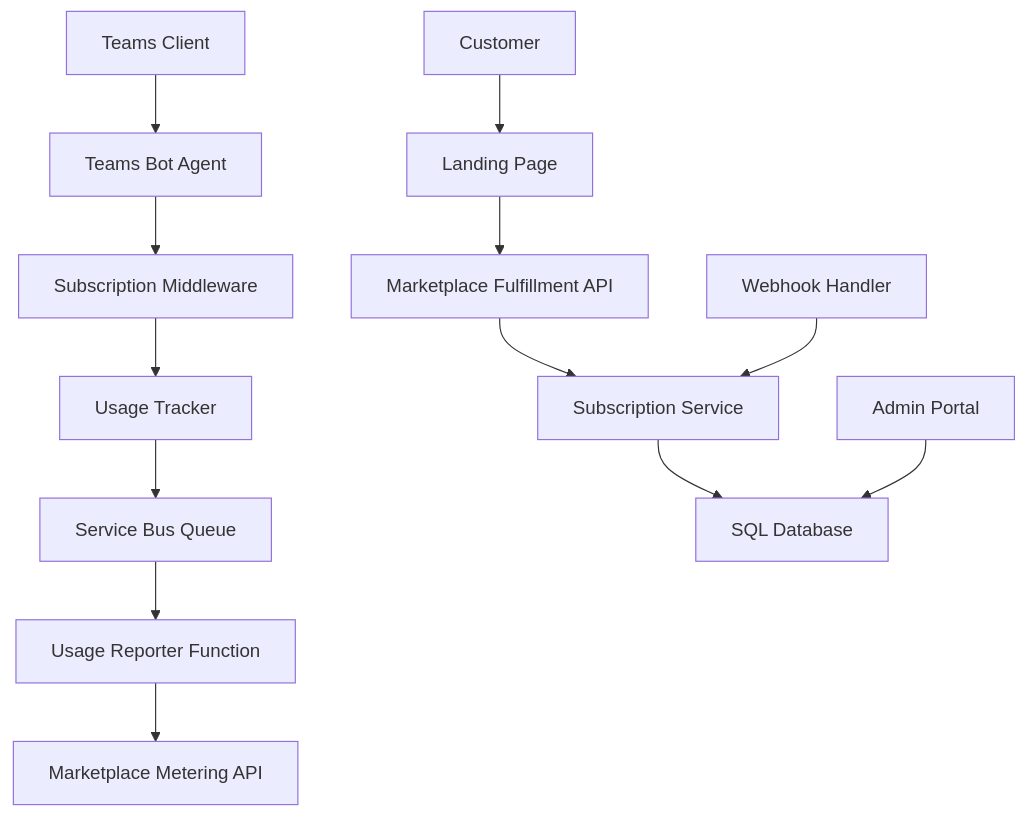
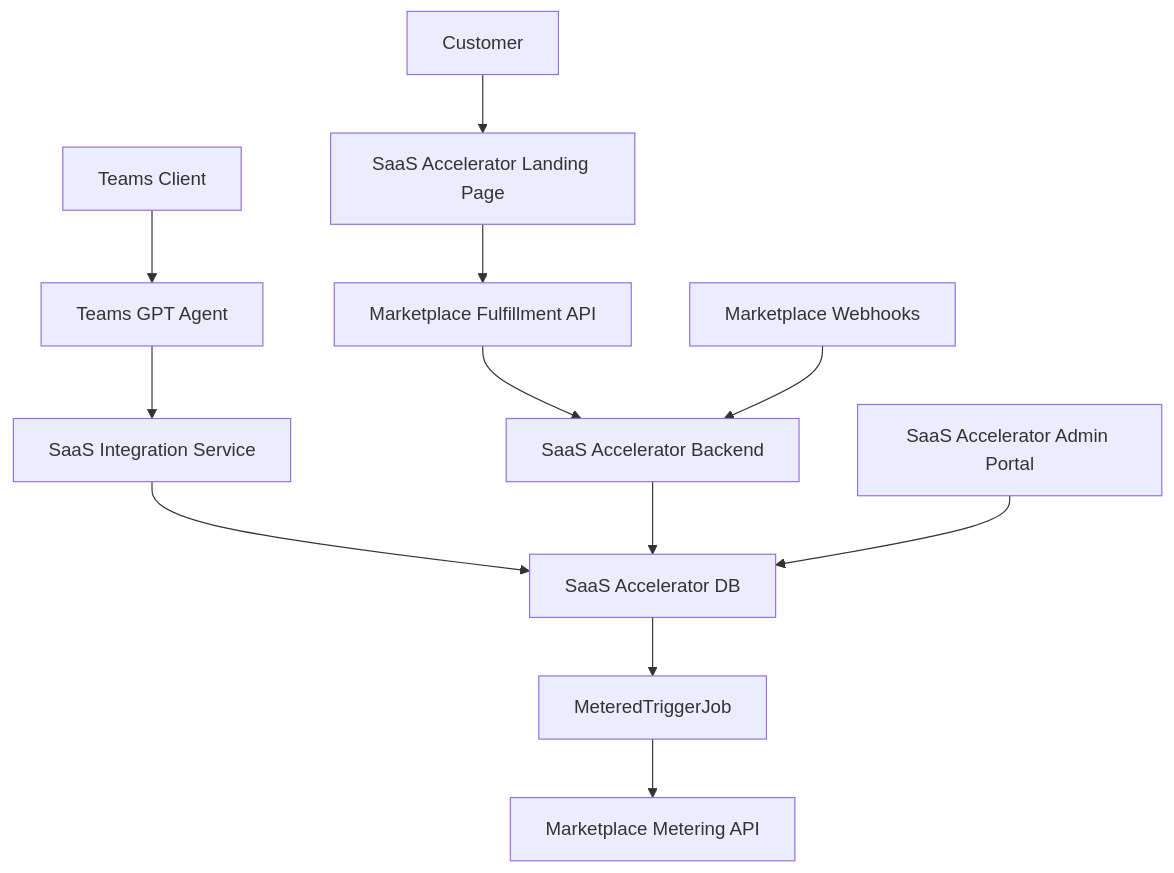
Before and after one commit to michel-heon/teams-gpt-saas-acc: the diagram in doc/architecture/README.md, drawn with Mermaid. The commit also changed other lines of this file and 2 other files, not shown here.

First line of the commit message:
docs: Harmonize architecture documentation with SaaS Accelerator approach

````diff
--- a/doc/architecture/README.md
+++ b/doc/architecture/README.md
@@ -56,17 +58,16 @@
 ```mermaid
 graph TB
-    A[Teams Client] --> B[Teams Bot Agent]
-    B --> C[Subscription Middleware]
-    C --> D[Usage Tracker]
-    D --> E[Service Bus Queue]
-    E --> F[Usage Reporter Function]
-    F --> G[Marketplace Metering API]
+    A[Teams Client] --> B[Teams GPT Agent]
+    B --> C[SaaS Integration Service] 
+    C --> D[SaaS Accelerator DB]
     
-    H[Customer] --> I[Landing Page]
-    I --> J[Marketplace Fulfillment API]
-    J --> K[Subscription Service]
-    K --> L[SQL Database]
+    E[Customer] --> F[SaaS Accelerator Landing Page]
+    F --> G[Marketplace Fulfillment API]
+    G --> H[SaaS Accelerator Backend]
+    H --> D
     
-    M[Admin Portal] --> L
-    N[Webhook Handler] --> K
+    I[SaaS Accelerator Admin Portal] --> D
+    J[Marketplace Webhooks] --> H
+    K[MeteredTriggerJob] --> L[Marketplace Metering API]
+    D --> K
 ```
````
